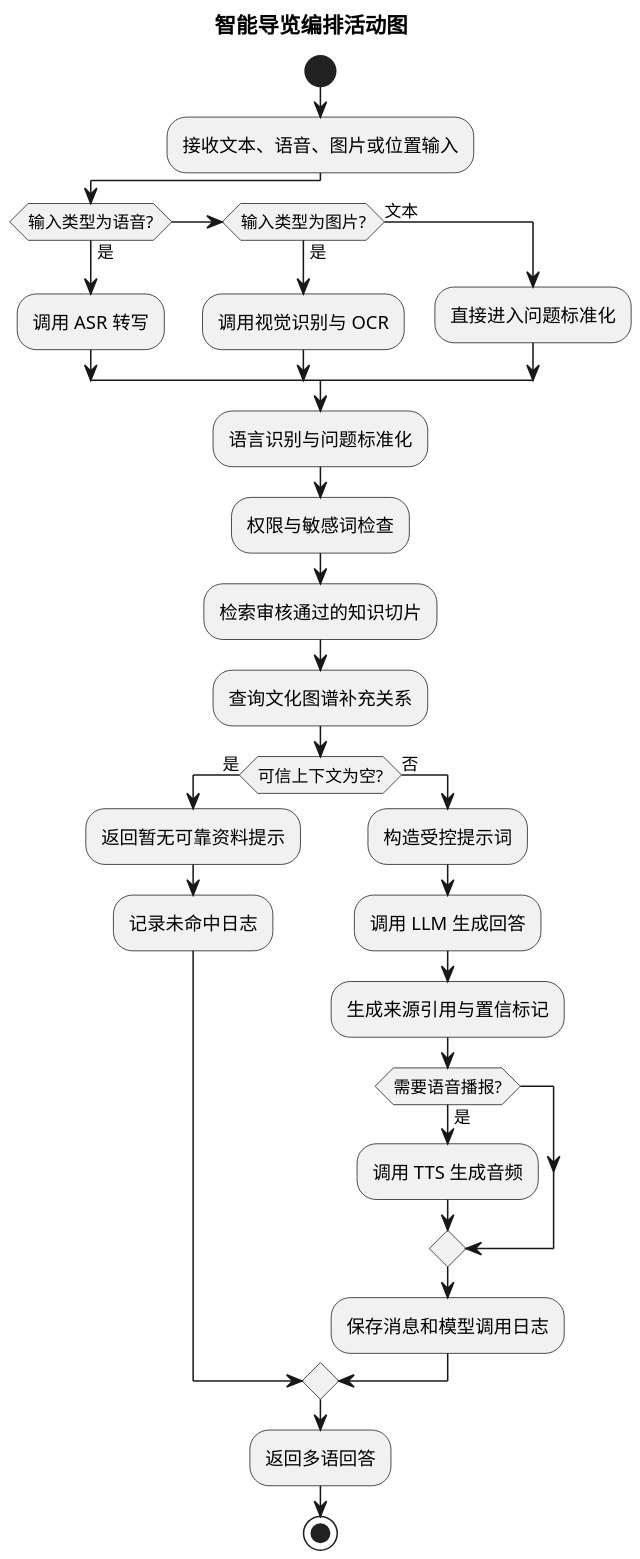
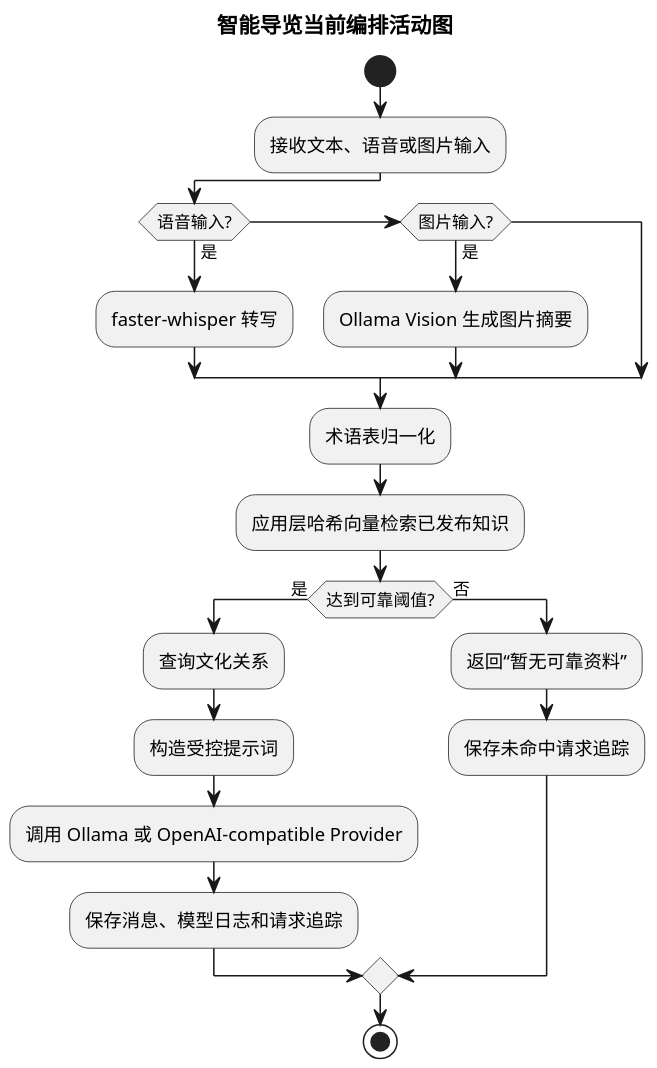
One commit to Unk1ndledAC/linguaspace changed the diagram in docs/文档/figures/design-guide-orchestration-activity.puml. Above: the diagram before and after it, drawn with PlantUML. The commit also changed 80 other files, not shown here.

```diff
--- a/docs/文档/figures/design-guide-orchestration-activity.puml
+++ b/docs/文档/figures/design-guide-orchestration-activity.puml
@@ -1,33 +1,24 @@
 @startuml
 skinparam dpi 160
 skinparam shadowing false
-title 智能导览编排活动图
-
+title 智能导览当前编排活动图
 start
-:接收文本、语音、图片或位置输入;
-if (输入类型为语音?) then (是)
-  :调用 ASR 转写;
-elseif (输入类型为图片?) then (是)
-  :调用视觉识别与 OCR;
-else (文本)
-  :直接进入问题标准化;
+:接收文本、语音或图片输入;
+if (语音输入?) then (是)
+  :faster-whisper 转写;
+elseif (图片输入?) then (是)
+  :Ollama Vision 生成图片摘要;
 endif
-:语言识别与问题标准化;
-:权限与敏感词检查;
-:检索审核通过的知识切片;
-:查询文化图谱补充关系;
-if (可信上下文为空?) then (是)
-  :返回暂无可靠资料提示;
-  :记录未命中日志;
+:术语表归一化;
+:应用层哈希向量检索已发布知识;
+if (达到可靠阈值?) then (是)
+  :查询文化关系;
+  :构造受控提示词;
+  :调用 Ollama 或 OpenAI-compatible Provider;
+  :保存消息、模型日志和请求追踪;
 else (否)
-  :构造受控提示词;
-  :调用 LLM 生成回答;
-  :生成来源引用与置信标记;
-  if (需要语音播报?) then (是)
-    :调用 TTS 生成音频;
-  endif
-  :保存消息和模型调用日志;
+  :返回“暂无可靠资料”;
+  :保存未命中请求追踪;
 endif
-:返回多语回答;
 stop
 @enduml
```
